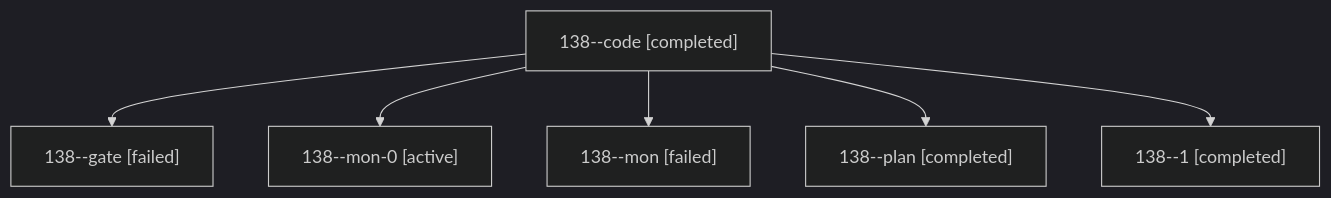
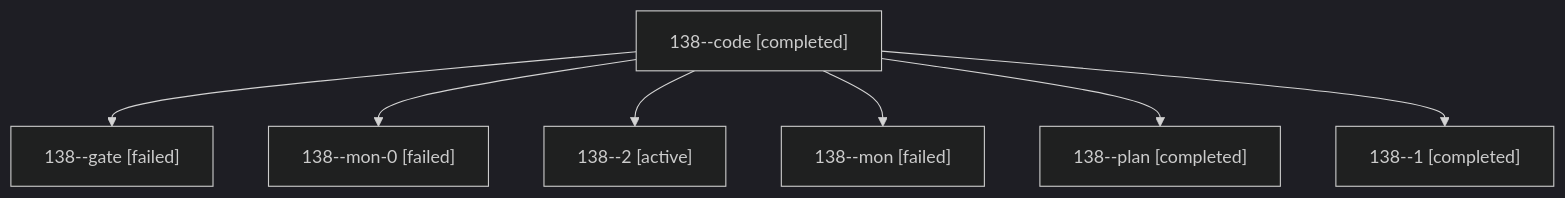
Before and after one commit to sase-org/sase--agents: the diagram in sessions/bbugyi200.athena.138.md, drawn with Mermaid (dark theme). The commit also changed other lines of this file and 22 other files, not shown here.

````diff
--- a/sessions/bbugyi200.athena.138.md
+++ b/sessions/bbugyi200.athena.138.md
@@ -9,14 +9,16 @@
 ```mermaid
 flowchart TD
   n0["138--code [completed]"]
   n1["138--gate [failed]"]
   n0 --> n1
-  n2["138--mon-0 [active]"]
+  n2["138--mon-0 [failed]"]
   n0 --> n2
-  n3["138--mon [failed]"]
+  n3["138--2 [active]"]
   n0 --> n3
-  n4["138--plan [completed]"]
+  n4["138--mon [failed]"]
   n0 --> n4
-  n5["138--1 [completed]"]
+  n5["138--plan [completed]"]
   n0 --> n5
+  n6["138--1 [completed]"]
+  n0 --> n6
 ```
````
